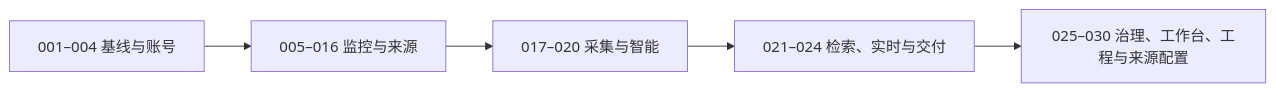
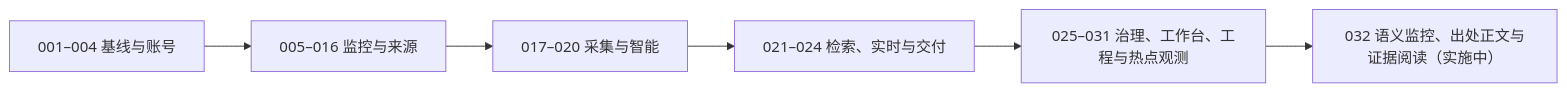
The diagram in docs/README.md (StephenQiu30/Ripplesight), drawn with Mermaid before and after one commit. The commit also changed other lines of this file and 258 other files, not shown here.

````diff
--- a/docs/README.md
+++ b/docs/README.md
@@ -65,7 +67,8 @@
 ```mermaid
 flowchart LR
   A["001–004 基线与账号"] --> B["005–016 监控与来源"]
   B --> C["017–020 采集与智能"]
   C --> D["021–024 检索、实时与交付"]
-  D --> E["025–030 治理、工作台、工程与来源配置"]
+  D --> E["025–031 治理、工作台、工程与热点观测"]
+  E --> F["032 语义监控、出处正文与证据阅读（实施中）"]
 ```
````
